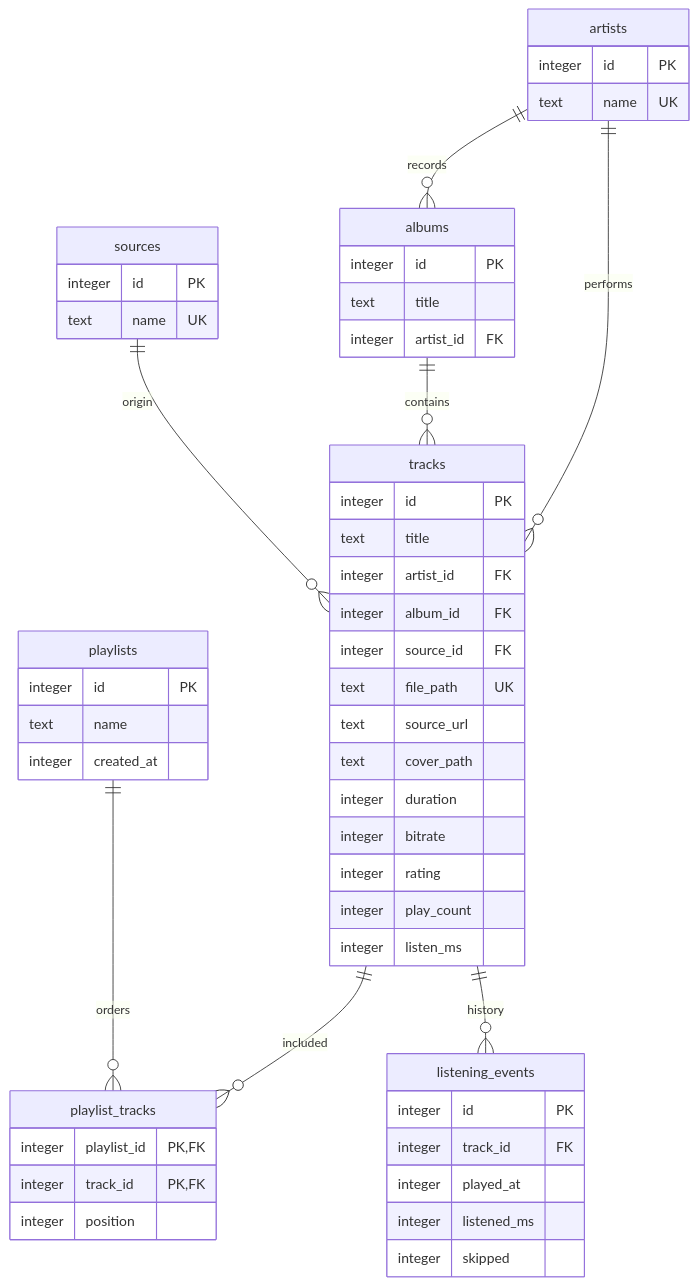
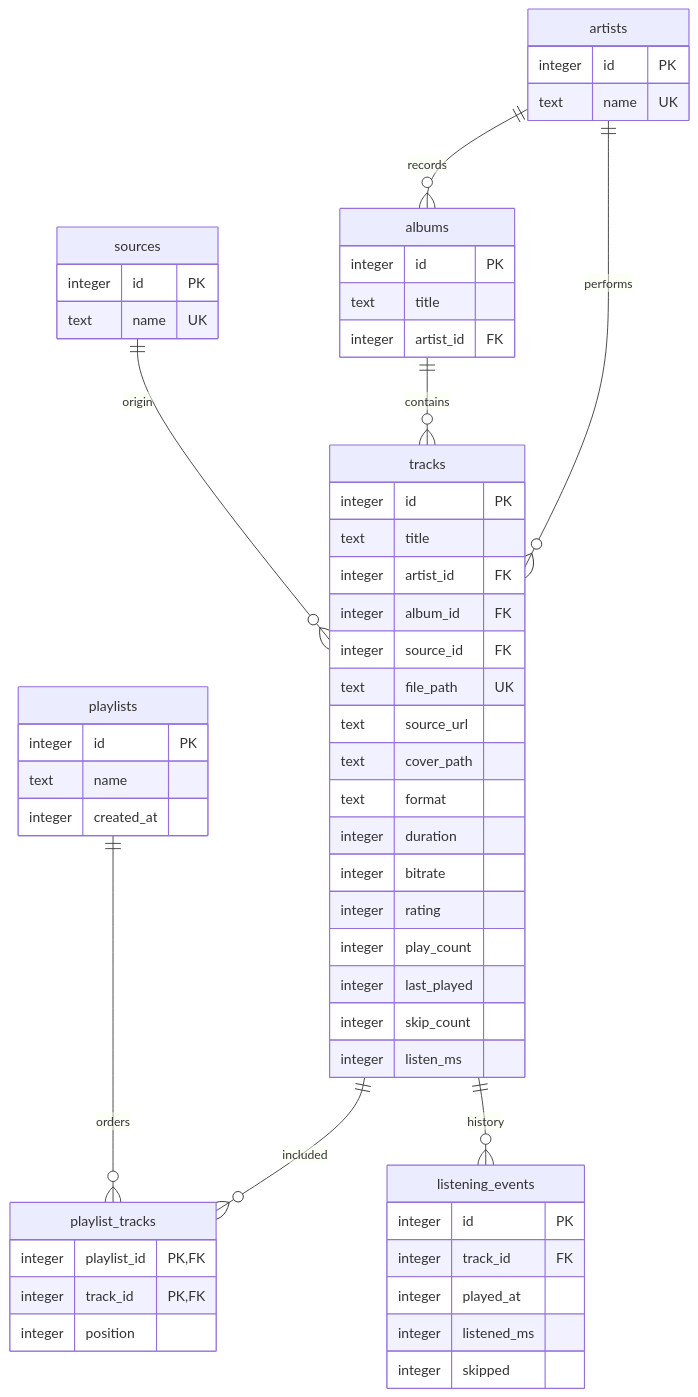
Before and after one commit to thecylindr/nameless-aurora: the diagram in docs/database.md, drawn with Mermaid. The commit also changed other lines of this file and 83 other files, not shown here.

````diff
--- a/docs/database.md
+++ b/docs/database.md
@@ -7,55 +12,58 @@
 ```mermaid
 erDiagram
     artists ||--o{ albums : records
     artists ||--o{ tracks : performs
     albums ||--o{ tracks : contains
     sources ||--o{ tracks : origin
     tracks ||--o{ playlist_tracks : included
     playlists ||--o{ playlist_tracks : orders
     tracks ||--o{ listening_events : history
     artists {
         integer id PK
         text name UK
     }
     albums {
         integer id PK
         text title
         integer artist_id FK
     }
     sources {
         integer id PK
         text name UK
     }
     tracks {
         integer id PK
         text title
         integer artist_id FK
         integer album_id FK
         integer source_id FK
         text file_path UK
         text source_url
         text cover_path
+        text format
         integer duration
         integer bitrate
         integer rating
         integer play_count
+        integer last_played
+        integer skip_count
         integer listen_ms
     }
     playlists {
         integer id PK
         text name
         integer created_at
     }
     playlist_tracks {
         integer playlist_id PK,FK
         integer track_id PK,FK
         integer position
     }
     listening_events {
         integer id PK
         integer track_id FK
         integer played_at
         integer listened_ms
         integer skipped
     }
 ```
````
